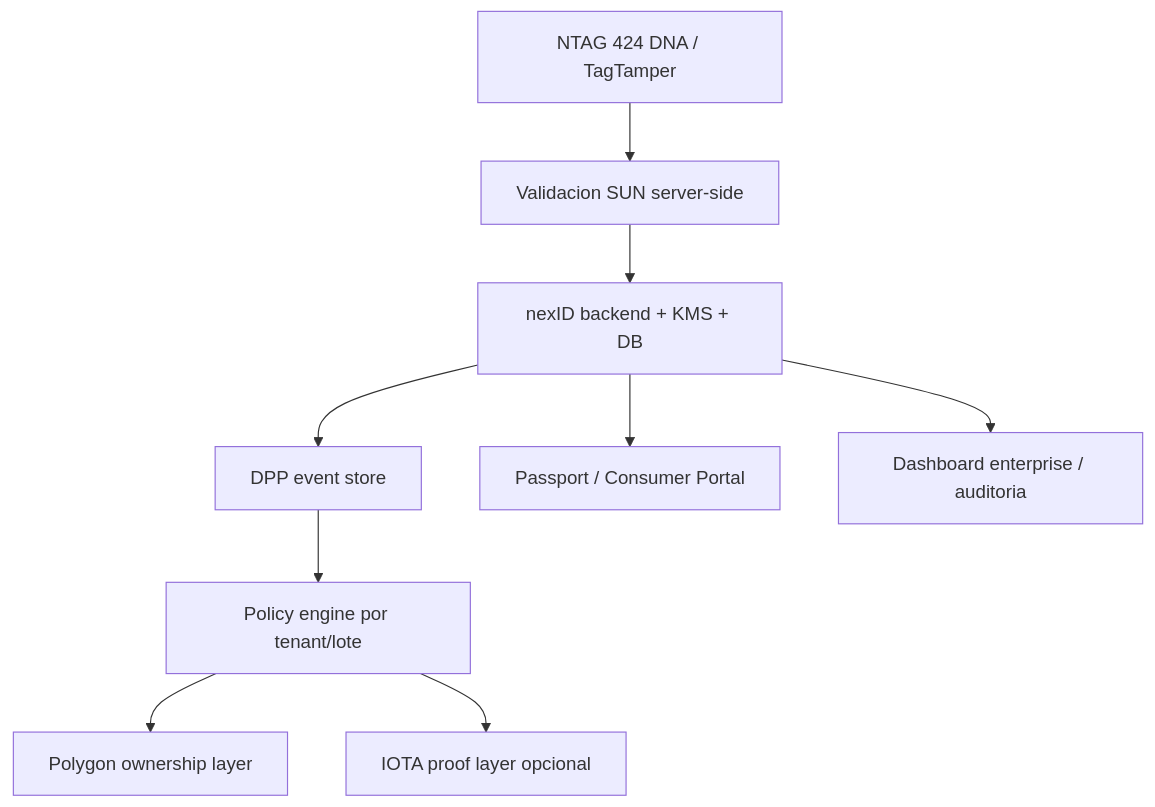
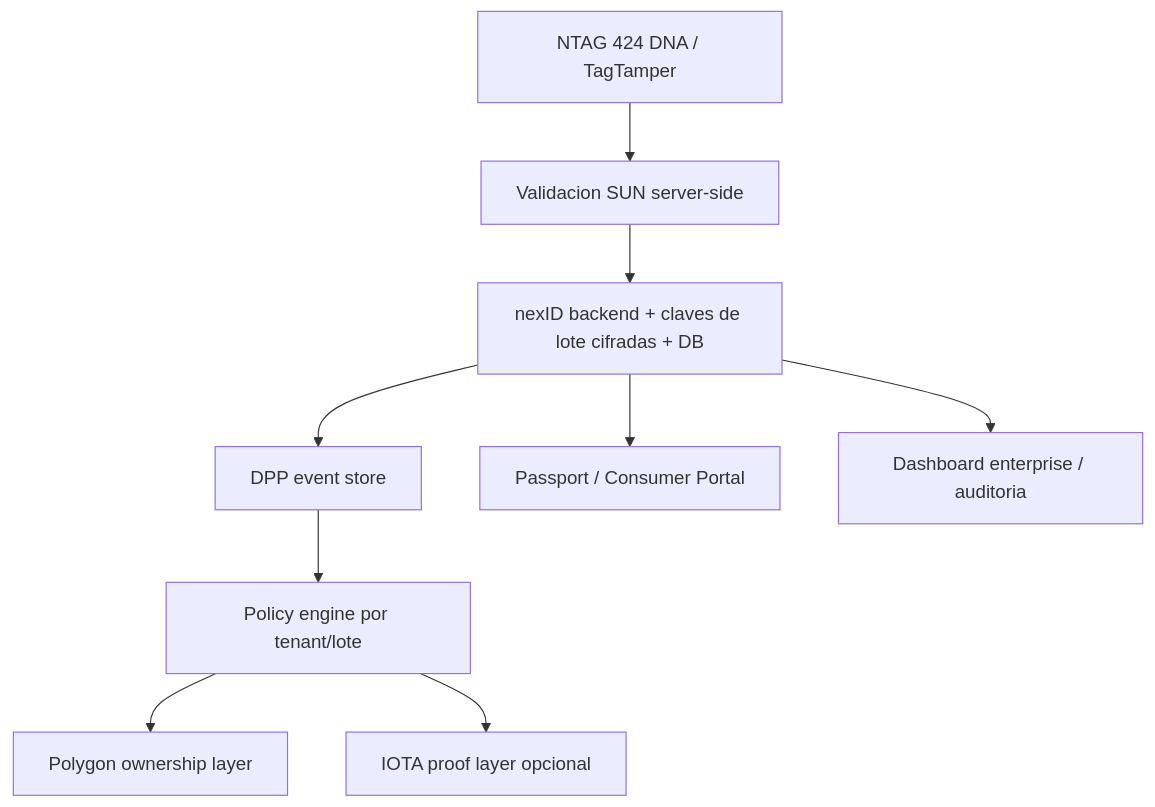
Before and after one commit to inguillen87/NFC-Tokenizacion: the diagram in docs/blockchain-architecture.md, drawn with Mermaid. The commit also changed other lines of this file and 584 other files, not shown here.

````diff
--- a/docs/blockchain-architecture.md
+++ b/docs/blockchain-architecture.md
@@ -29,11 +29,11 @@
 ```mermaid
 flowchart TD
   Tag["NTAG 424 DNA / TagTamper"] --> Sun["Validacion SUN server-side"]
-  Sun --> Backend["nexID backend + KMS + DB"]
+  Sun --> Backend["nexID backend + claves de lote cifradas + DB"]
   Backend --> DPP["DPP event store"]
   DPP --> Policy["Policy engine por tenant/lote"]
   Policy --> Polygon["Polygon ownership layer"]
   Policy --> IOTA["IOTA proof layer opcional"]
   Backend --> Portal["Passport / Consumer Portal"]
   Backend --> Admin["Dashboard enterprise / auditoria"]
 ```
````
